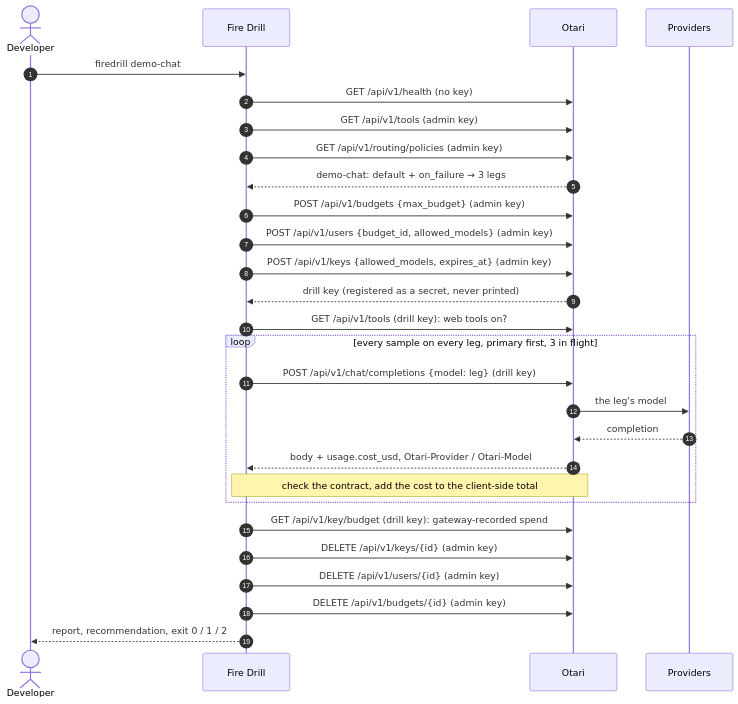
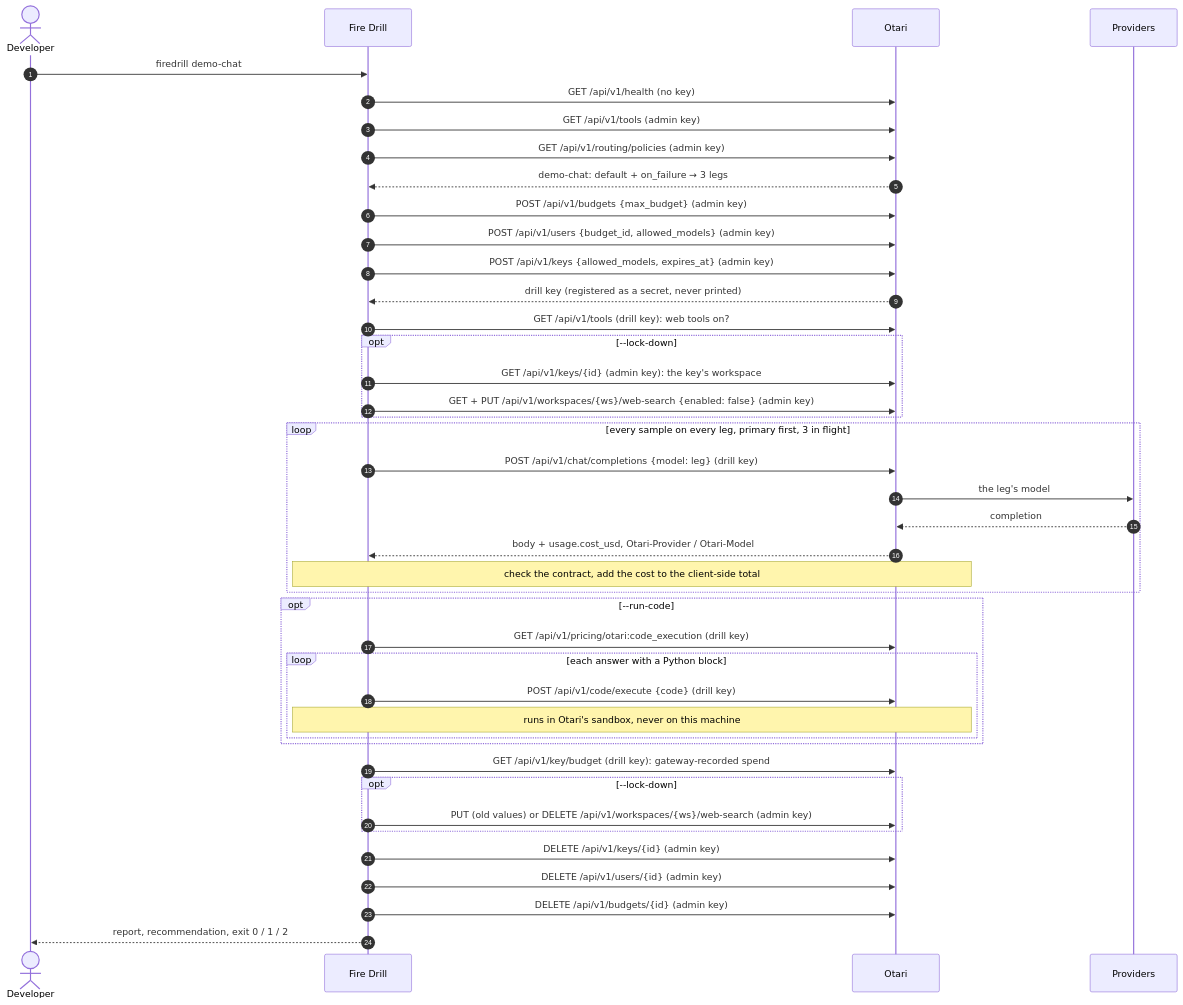
The second of 2 diagrams in docs/architecture.md (Emediong-Etuk/fire-drill), drawn with Mermaid before and after one commit. The commit also changed other lines of this file and 15 other files, not shown here.

````diff
--- a/docs/architecture.md
+++ b/docs/architecture.md
@@ -68,31 +78,46 @@
 ```mermaid
+%%{init: {"sequence": {"actorMargin": 260, "messageMargin": 28, "noteMargin": 12, "wrap": false}}}%%
 sequenceDiagram
   autonumber
   actor U as Developer
   participant FD as Fire Drill
   participant O as Otari
   participant P as Providers
 
   U->>FD: firedrill demo-chat
   FD->>O: GET /api/v1/health (no key)
   FD->>O: GET /api/v1/tools (admin key)
   FD->>O: GET /api/v1/routing/policies (admin key)
   O-->>FD: demo-chat: default + on_failure → 3 legs
   FD->>O: POST /api/v1/budgets {max_budget} (admin key)
   FD->>O: POST /api/v1/users {budget_id, allowed_models} (admin key)
   FD->>O: POST /api/v1/keys {allowed_models, expires_at} (admin key)
   O-->>FD: drill key (registered as a secret, never printed)
   FD->>O: GET /api/v1/tools (drill key): web tools on?
+  opt --lock-down
+    FD->>O: GET /api/v1/keys/{id} (admin key): the key's workspace
+    FD->>O: GET + PUT /api/v1/workspaces/{ws}/web-search {enabled: false} (admin key)
+  end
   loop every sample on every leg, primary first, 3 in flight
     FD->>O: POST /api/v1/chat/completions {model: leg} (drill key)
     O->>P: the leg's model
     P-->>O: completion
     O-->>FD: body + usage.cost_usd, Otari-Provider / Otari-Model
     Note over FD,O: check the contract, add the cost to the client-side total
   end
+  opt --run-code
+    FD->>O: GET /api/v1/pricing/otari:code_execution (drill key)
+    loop each answer with a Python block
+      FD->>O: POST /api/v1/code/execute {code} (drill key)
+      Note over FD,O: runs in Otari's sandbox, never on this machine
+    end
+  end
   FD->>O: GET /api/v1/key/budget (drill key): gateway-recorded spend
+  opt --lock-down
+    FD->>O: PUT (old values) or DELETE /api/v1/workspaces/{ws}/web-search (admin key)
+  end
   FD->>O: DELETE /api/v1/keys/{id} (admin key)
   FD->>O: DELETE /api/v1/users/{id} (admin key)
   FD->>O: DELETE /api/v1/budgets/{id} (admin key)
   FD-->>U: report, recommendation, exit 0 / 1 / 2
 ```
````
